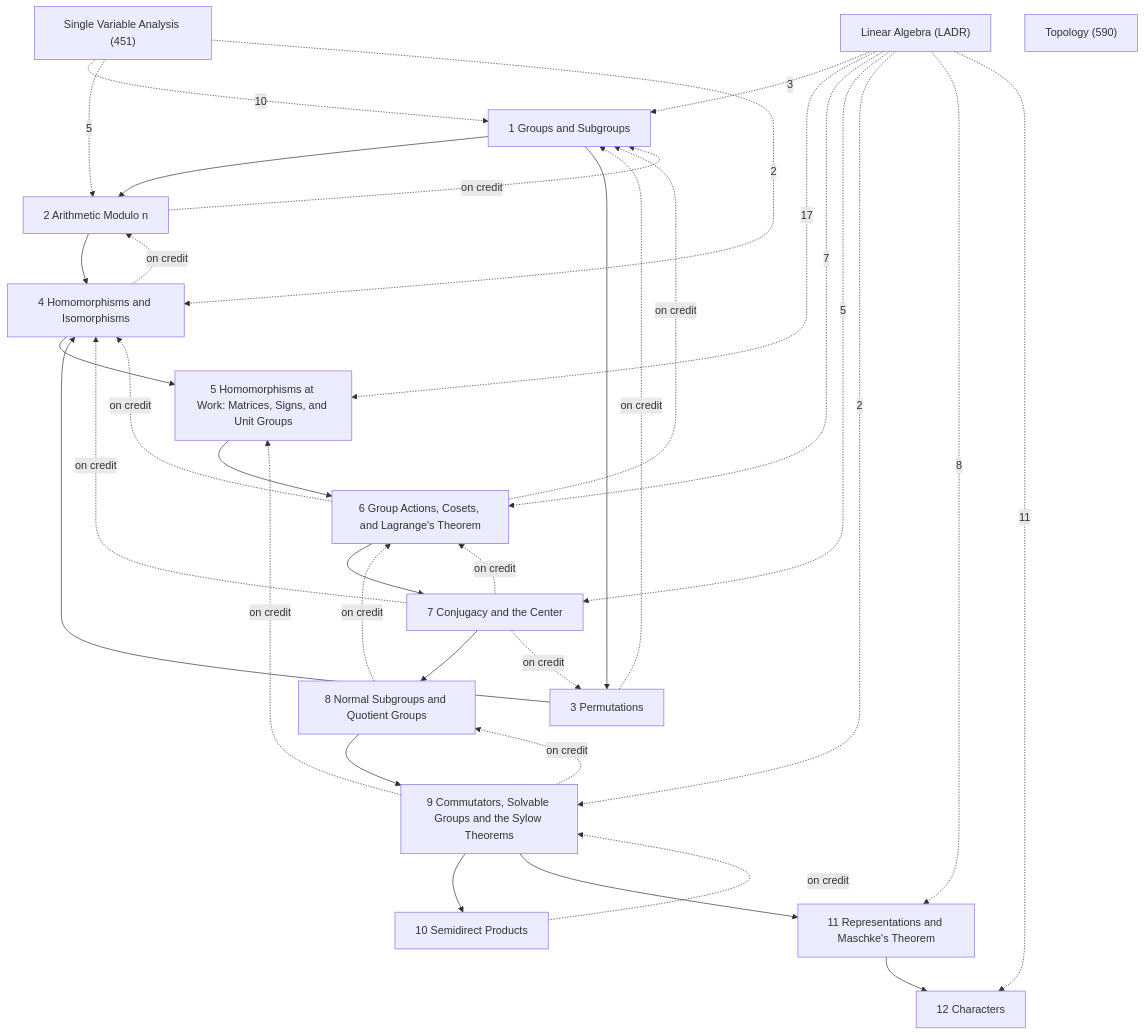
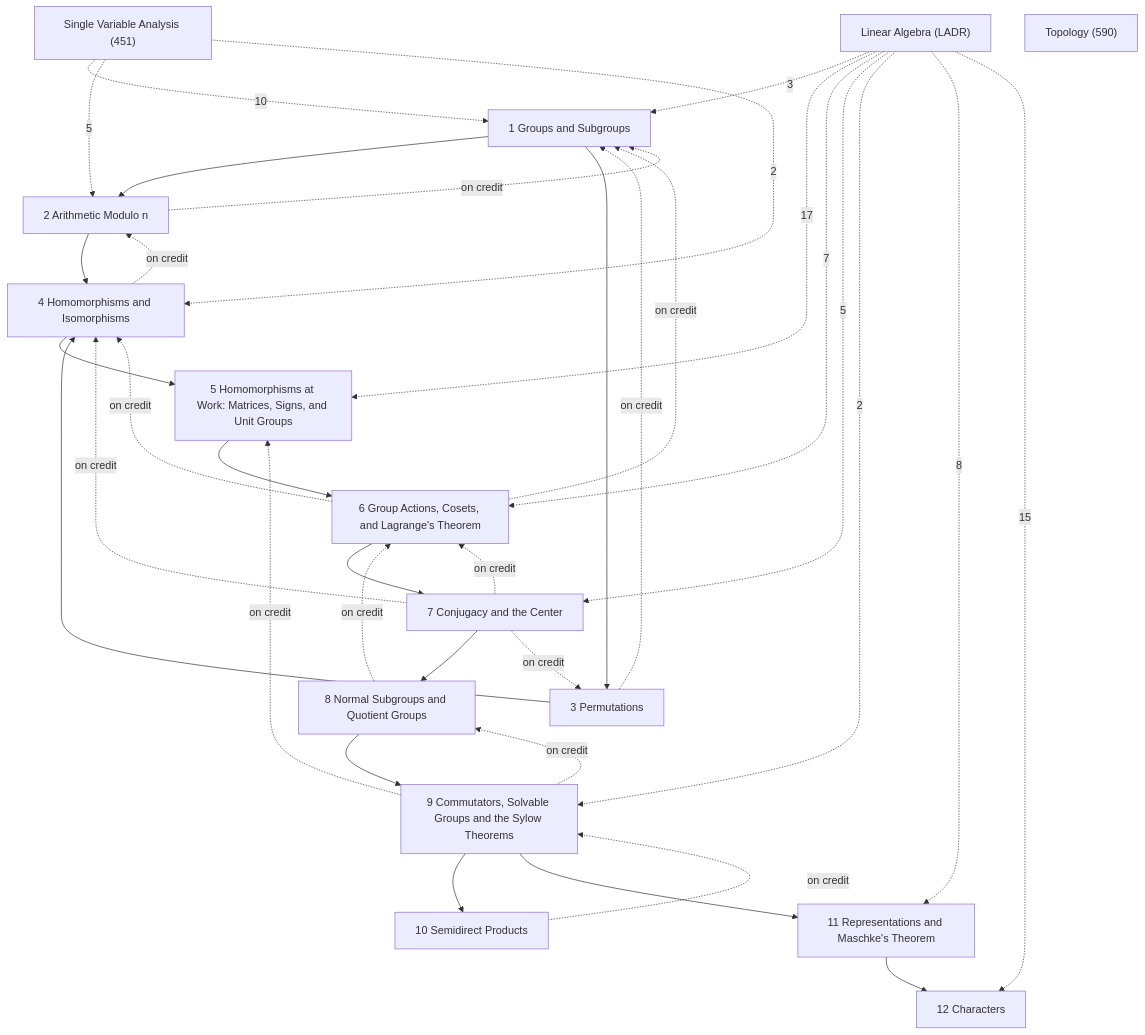
One commit to Onion20040508/notes changed the diagram in Math/Group Theory/Group Theory.md. Above: the diagram before and after it, drawn with Mermaid. The commit also changed other lines of this file and 22 other files, not shown here.

````diff
--- a/Math/Group Theory/Group Theory.md
+++ b/Math/Group Theory/Group Theory.md
@@ -27,52 +27,52 @@
 ```mermaid
 graph TD
   C1["1 Groups and Subgroups"]
   C2["2 Arithmetic Modulo n"]
   C3["3 Permutations"]
   C4["4 Homomorphisms and Isomorphisms"]
   C5["5 Homomorphisms at Work: Matrices, Signs, and Unit Groups"]
   C6["6 Group Actions, Cosets, and Lagrange's Theorem"]
   C7["7 Conjugacy and the Center"]
   C8["8 Normal Subgroups and Quotient Groups"]
   C9["9 Commutators, Solvable Groups and the Sylow Theorems"]
   C10["10 Semidirect Products"]
   C11["11 Representations and Maschke's Theorem"]
   C12["12 Characters"]
   X1["Linear Algebra (LADR)"]
   X2["Single Variable Analysis (451)"]
   X3["Topology (590)"]
   C1 --> C2
   C1 --> C3
   C2 --> C4
   C3 --> C4
   C4 --> C5
   C5 --> C6
   C6 --> C7
   C7 --> C8
   C8 --> C9
   C9 --> C10
   C9 --> C11
   C11 --> C12
   C2 -.->|on credit| C1
   C3 -.->|on credit| C1
   C4 -.->|on credit| C2
   C6 -.->|on credit| C1
   C6 -.->|on credit| C4
   C7 -.->|on credit| C3
   C7 -.->|on credit| C4
   C7 -.->|on credit| C6
   C8 -.->|on credit| C6
   C9 -.->|on credit| C5
   C9 -.->|on credit| C8
   C10 -.->|on credit| C9
   X1 -.->|3| C1
   X1 -.->|17| C5
   X1 -.->|7| C6
   X1 -.->|5| C7
   X1 -.->|2| C9
   X1 -.->|8| C11
-  X1 -.->|11| C12
+  X1 -.->|15| C12
   X2 -.->|10| C1
   X2 -.->|5| C2
   X2 -.->|2| C4
 ```
````
